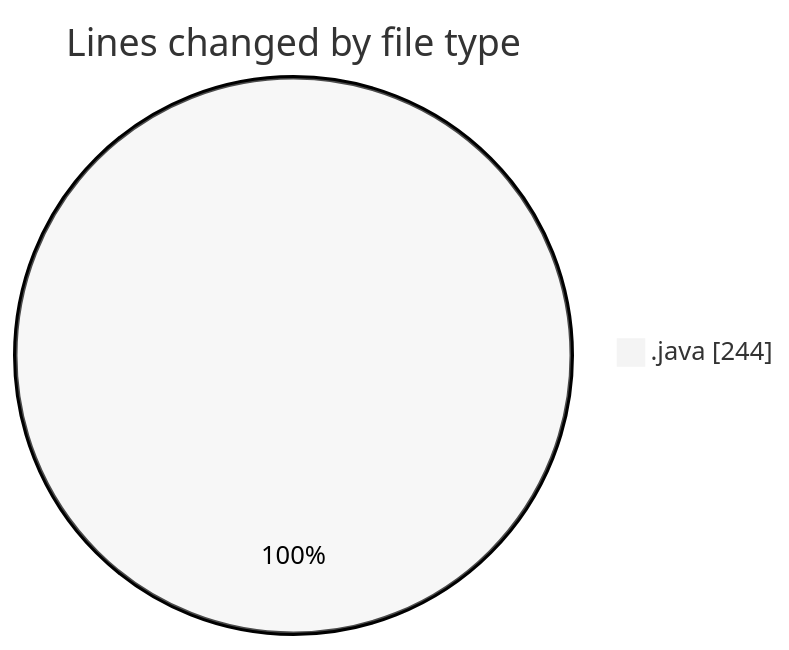
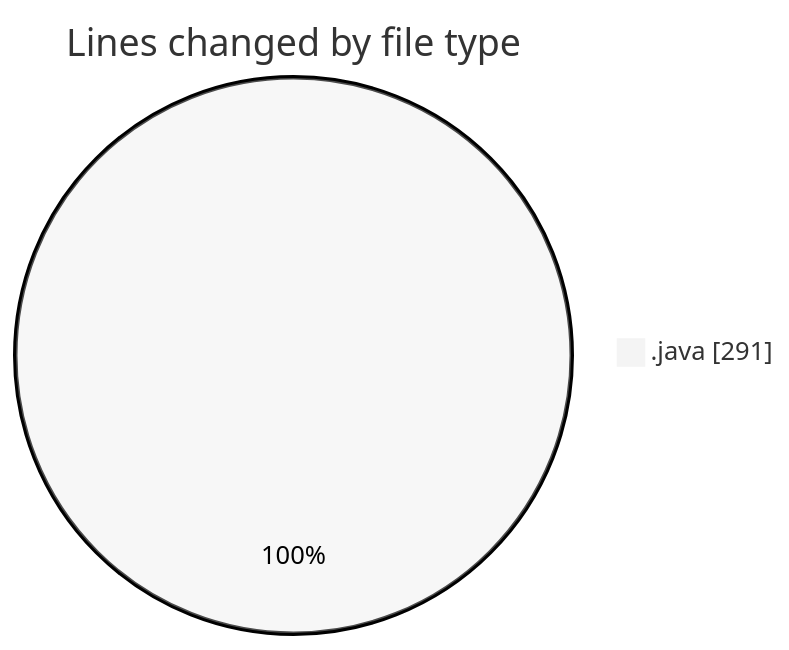
One commit to ricardozamudiocil/code-tracking changed the first of 2 diagrams in 2026-05-22/cilapp/README.md. Above: the diagram before and after it, drawn with Mermaid (neutral theme). The commit also changed other lines of this file and 1 other file, not shown here.

````diff
--- a/2026-05-22/cilapp/README.md
+++ b/2026-05-22/cilapp/README.md
@@ -20,5 +20,5 @@
 ```mermaid
 pie showData
 title Lines changed by file type
-".java" : 244
+".java" : 291
 ```
````
